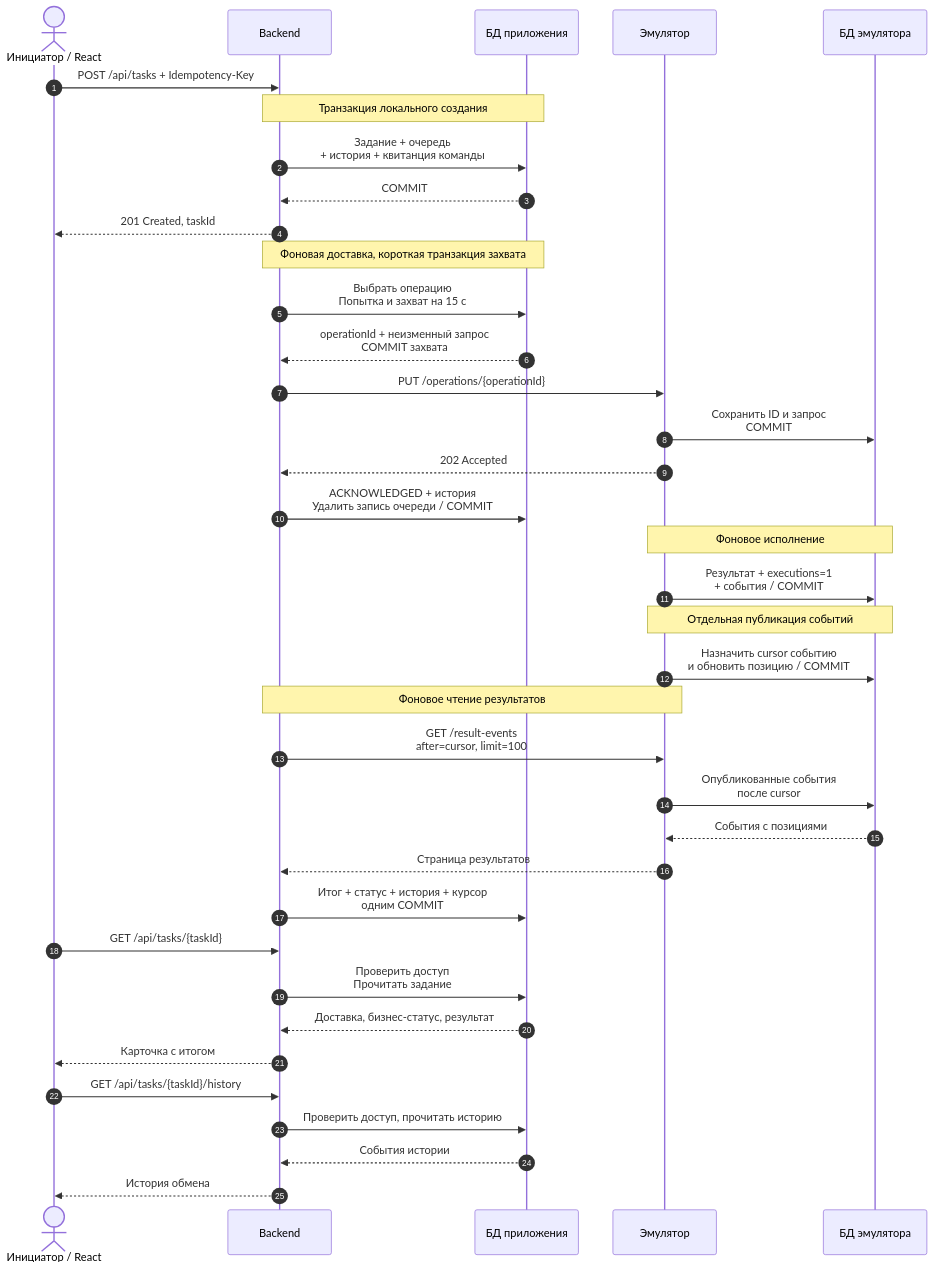
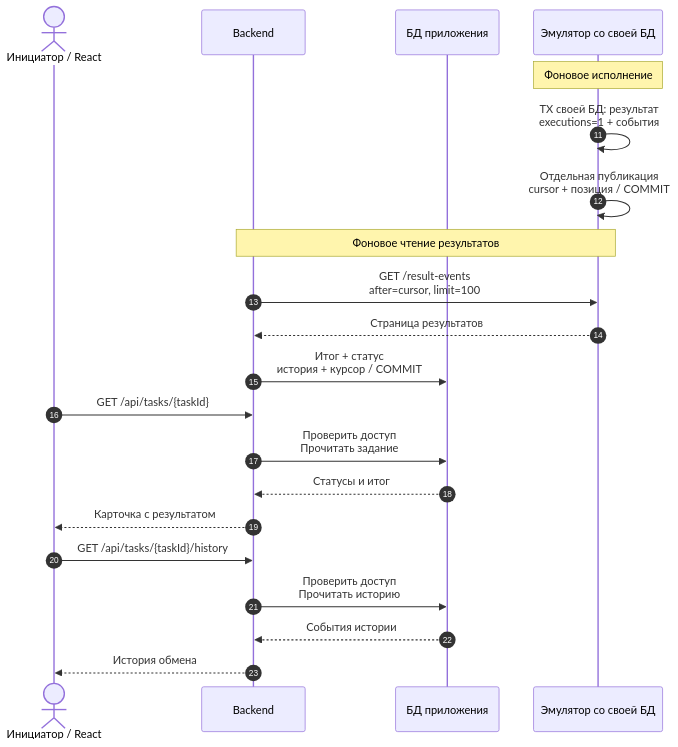
The third of 4 diagrams in docs/architecture.md (FerrPOINT/system-integration), drawn with Mermaid before and after one commit. The commit also changed other lines of this file, not shown here.

Commit message:
docs: split task sequence into readable delivery and result stages

````diff
--- a/docs/architecture.md
+++ b/docs/architecture.md
@@ -53,44 +86,26 @@
 ```mermaid
 sequenceDiagram
-    autonumber
+    autonumber 11
     actor UI as Инициатор / React
     participant B as Backend
     participant D as БД приложения
-    participant E as Эмулятор
-    participant X as БД эмулятора
+    participant E as Эмулятор со своей БД
 
-    UI->>B: POST /api/tasks + Idempotency-Key
-    Note over B,D: Транзакция локального создания
-    B->>D: Задание + очередь<br/>+ история + квитанция команды
-    D-->>B: COMMIT
-    B-->>UI: 201 Created, taskId
-
-    Note over B,D: Фоновая доставка, короткая транзакция захвата
-    B->>D: Выбрать операцию<br/>Попытка и захват на 15 с
-    D-->>B: operationId + неизменный запрос<br/>COMMIT захвата
-    B->>E: PUT /operations/{operationId}
-    E->>X: Сохранить ID и запрос<br/>COMMIT
-    E-->>B: 202 Accepted
-    B->>D: ACKNOWLEDGED + история<br/>Удалить запись очереди / COMMIT
-
-    Note over E,X: Фоновое исполнение
-    E->>X: Результат + executions=1<br/>+ события / COMMIT
-    Note over E,X: Отдельная публикация событий
-    E->>X: Назначить cursor событию<br/>и обновить позицию / COMMIT
+    Note over E: Фоновое исполнение
+    E->>E: TX своей БД: результат<br/>executions=1 + события
+    E->>E: Отдельная публикация<br/>cursor + позиция / COMMIT
 
     Note over B,E: Фоновое чтение результатов
     B->>E: GET /result-events<br/>after=cursor, limit=100
-    E->>X: Опубликованные события<br/>после cursor
-    X-->>E: События с позициями
     E-->>B: Страница результатов
-    B->>D: Итог + статус + история + курсор<br/>одним COMMIT
+    B->>D: Итог + статус<br/>история + курсор / COMMIT
 
     UI->>B: GET /api/tasks/{taskId}
     B->>D: Проверить доступ<br/>Прочитать задание
-    D-->>B: Доставка, бизнес-статус, результат
-    B-->>UI: Карточка с итогом
+    D-->>B: Статусы и итог
+    B-->>UI: Карточка с результатом
     UI->>B: GET /api/tasks/{taskId}/history
-    B->>D: Проверить доступ, прочитать историю
+    B->>D: Проверить доступ<br/>Прочитать историю
     D-->>B: События истории
     B-->>UI: История обмена
 ```
````
